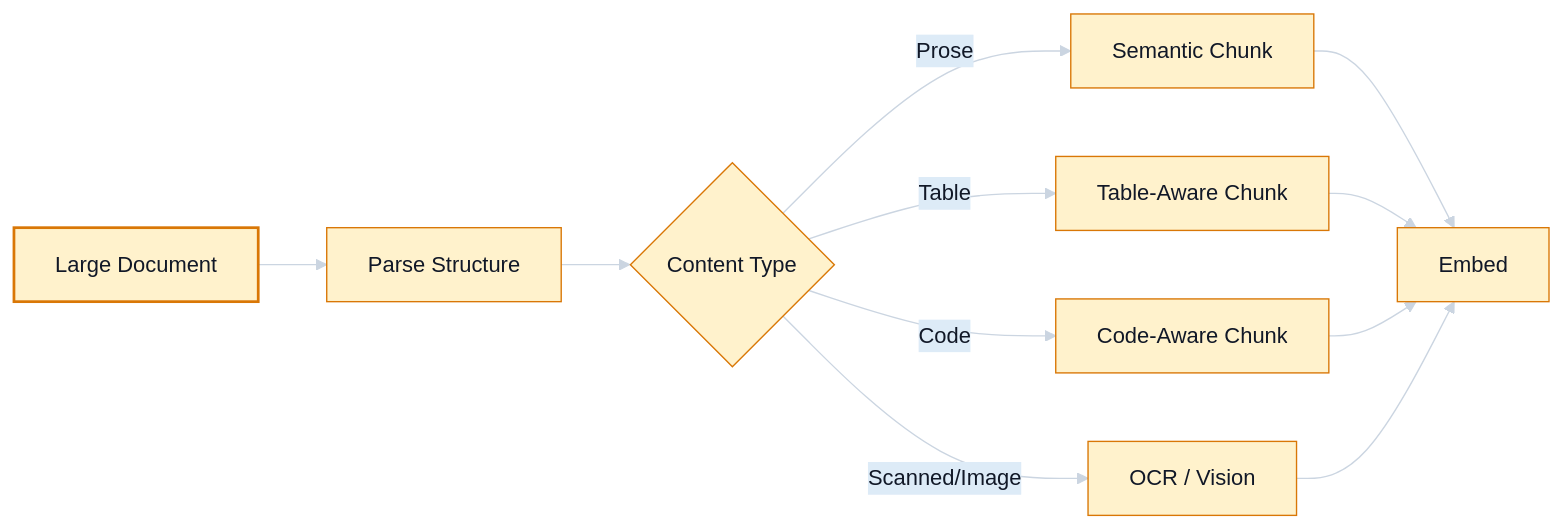
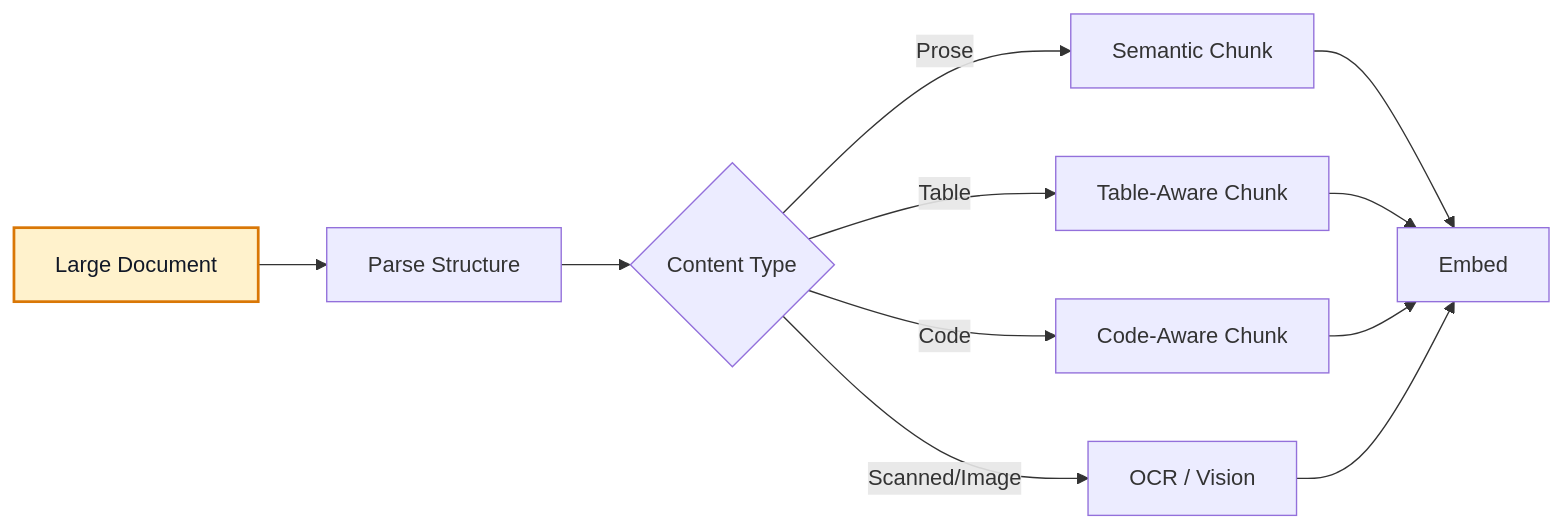
One commit to azam123/awesome-ai-engineer changed the third of 26 diagrams in AI-Engineer-Interview-Questions-2026.md. Above: the diagram before and after it, drawn with Mermaid. The commit also changed other lines of this file, not shown here.

Commit message:
docs: fix GitHub Mermaid rendering compatibility

````diff
--- a/AI-Engineer-Interview-Questions-2026.md
+++ b/AI-Engineer-Interview-Questions-2026.md
@@ -311,18 +309,17 @@
 ```mermaid
 flowchart LR
-%%{init: {"theme":"base","themeVariables":{"background":"#111827","primaryColor":"#FFF2CC","primaryTextColor":"#111827","primaryBorderColor":"#D97706","lineColor":"#CBD5E1","secondaryColor":"#DDEBF7","secondaryTextColor":"#111827","secondaryBorderColor":"#2563EB","tertiaryColor":"#E2F0D9","tertiaryTextColor":"#111827","tertiaryBorderColor":"#15803D","noteBkgColor":"#FFF2CC","noteTextColor":"#111827","noteBorderColor":"#D97706","actorBkg":"#DDEBF7","actorBorder":"#2563EB","actorTextColor":"#111827","signalColor":"#E5E7EB","signalTextColor":"#111827","labelBoxBkgColor":"#FFF2CC","labelBoxBorderColor":"#D97706","labelTextColor":"#111827"}}}%%
+A[Large Document] --> B[Parse Structure]
+B --> C{Content Type}
+C -->|Prose| D[Semantic Chunk]
+C -->|Table| E[Table-Aware Chunk]
+C -->|Code| F[Code-Aware Chunk]
+C -->|Scanned/Image| G[OCR / Vision]
+D --> H[Embed]
+E --> H
+F --> H
+G --> H
+class A yellow
 classDef yellow fill:#FFF2CC,stroke:#D97706,stroke-width:2px,color:#111827;
 classDef blue fill:#DDEBF7,stroke:#2563EB,stroke-width:2px,color:#111827;
 classDef green fill:#E2F0D9,stroke:#15803D,stroke-width:2px,color:#111827;
-    A[Large Document] --> B[Parse Structure]
-    B --> C{Content Type}
-    C -->|Prose| D[Semantic Chunk]
-    C -->|Table| E[Table-Aware Chunk]
-    C -->|Code| F[Code-Aware Chunk]
-    C -->|Scanned/Image| G[OCR / Vision]
-    D --> H[Embed]
-    E --> H
-    F --> H
-    G --> H
-    class A yellow;
 ```
````
